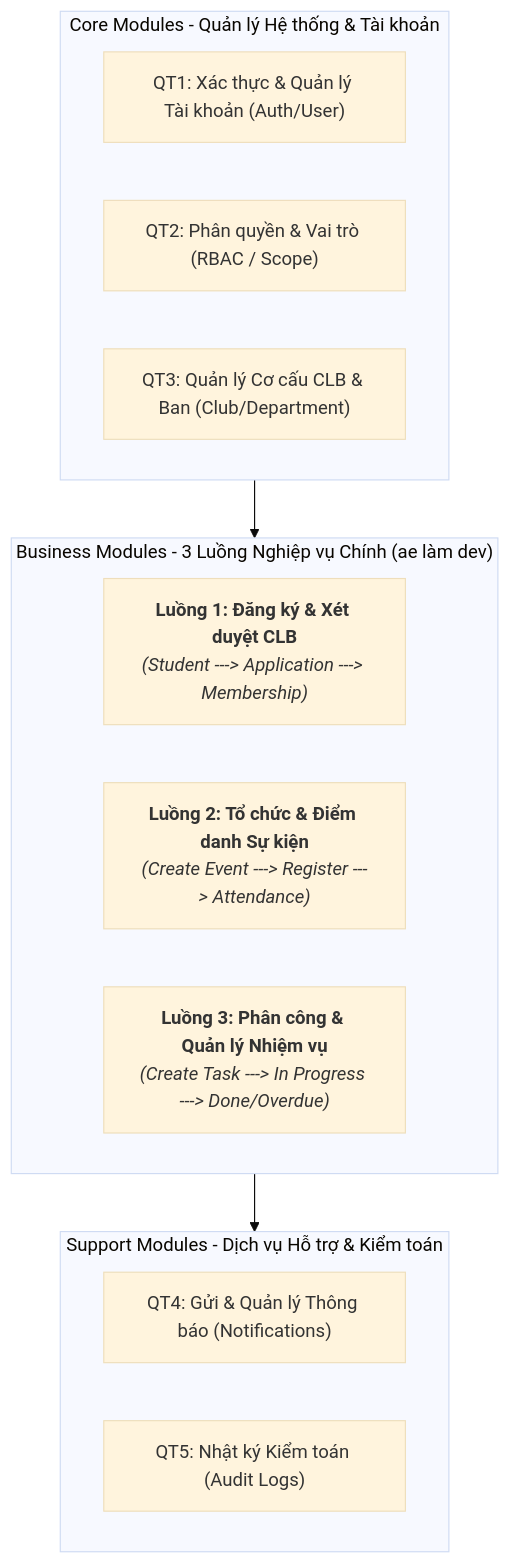
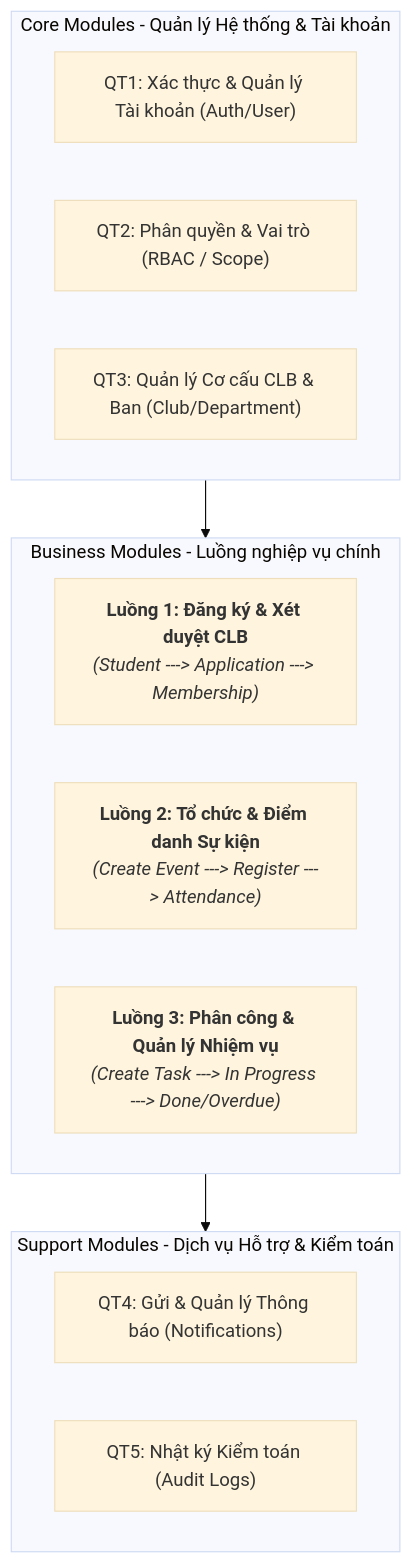
The first of 4 diagrams in tai-lieu-dac-ta-he-thong-clb-vju-v2.md (NgocThang2020/Study-for-project), drawn with Mermaid (base theme) before and after one commit. The commit also changed other lines of this file, not shown here.

````diff
--- a/tai-lieu-dac-ta-he-thong-clb-vju-v2.md
+++ b/tai-lieu-dac-ta-he-thong-clb-vju-v2.md
@@ -95,22 +103,22 @@
 ```mermaid
 graph TD
     subgraph Core["Core Modules - Quản lý Hệ thống & Tài khoản"]
         QT1["QT1: Xác thực & Quản lý Tài khoản (Auth/User)"]
         QT2["QT2: Phân quyền & Vai trò (RBAC / Scope)"]
         QT3["QT3: Quản lý Cơ cấu CLB & Ban (Club/Department)"]
     end
 
-    subgraph Business["Business Modules - 3 Luồng Nghiệp vụ Chính (ae làm dev)"]
+    subgraph Business["Business Modules - Luồng nghiệp vụ chính"]
         LUONG1["<b>Luồng 1: Đăng ký & Xét duyệt CLB</b><br/><i>(Student ---> Application ---> Membership)</i>"]
         LUONG2["<b>Luồng 2: Tổ chức & Điểm danh Sự kiện</b><br/><i>(Create Event ---> Register ---> Attendance)</i>"]
         LUONG3["<b>Luồng 3: Phân công & Quản lý Nhiệm vụ</b><br/><i>(Create Task ---> In Progress ---> Done/Overdue)</i>"]
     end
 
     subgraph Support["Support Modules - Dịch vụ Hỗ trợ & Kiểm toán"]
         QT4["QT4: Gửi & Quản lý Thông báo (Notifications)"]
         QT5["QT5: Nhật ký Kiểm toán (Audit Logs)"]
     end
 
     Core --> Business
     Business --> Support
 ```
````
